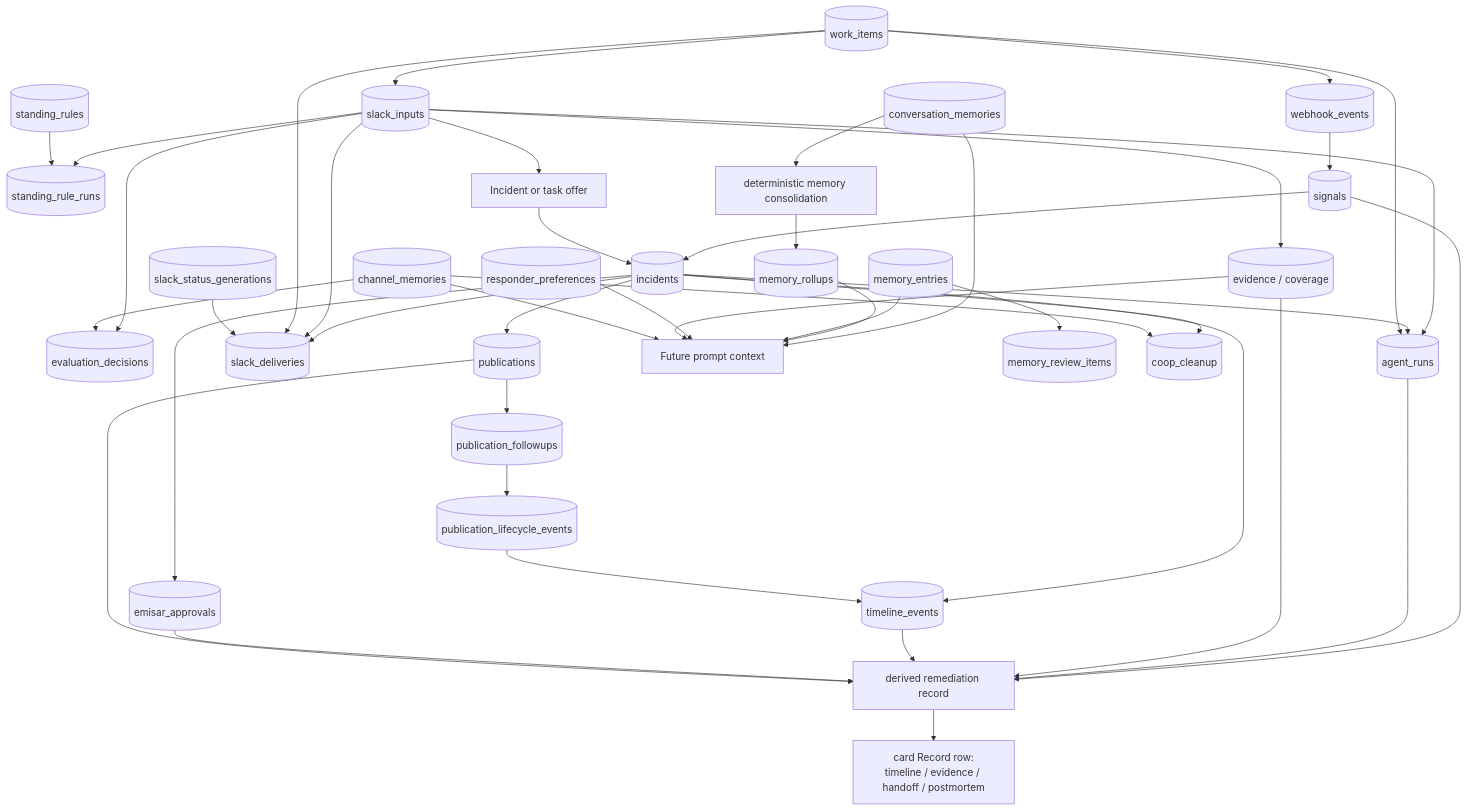
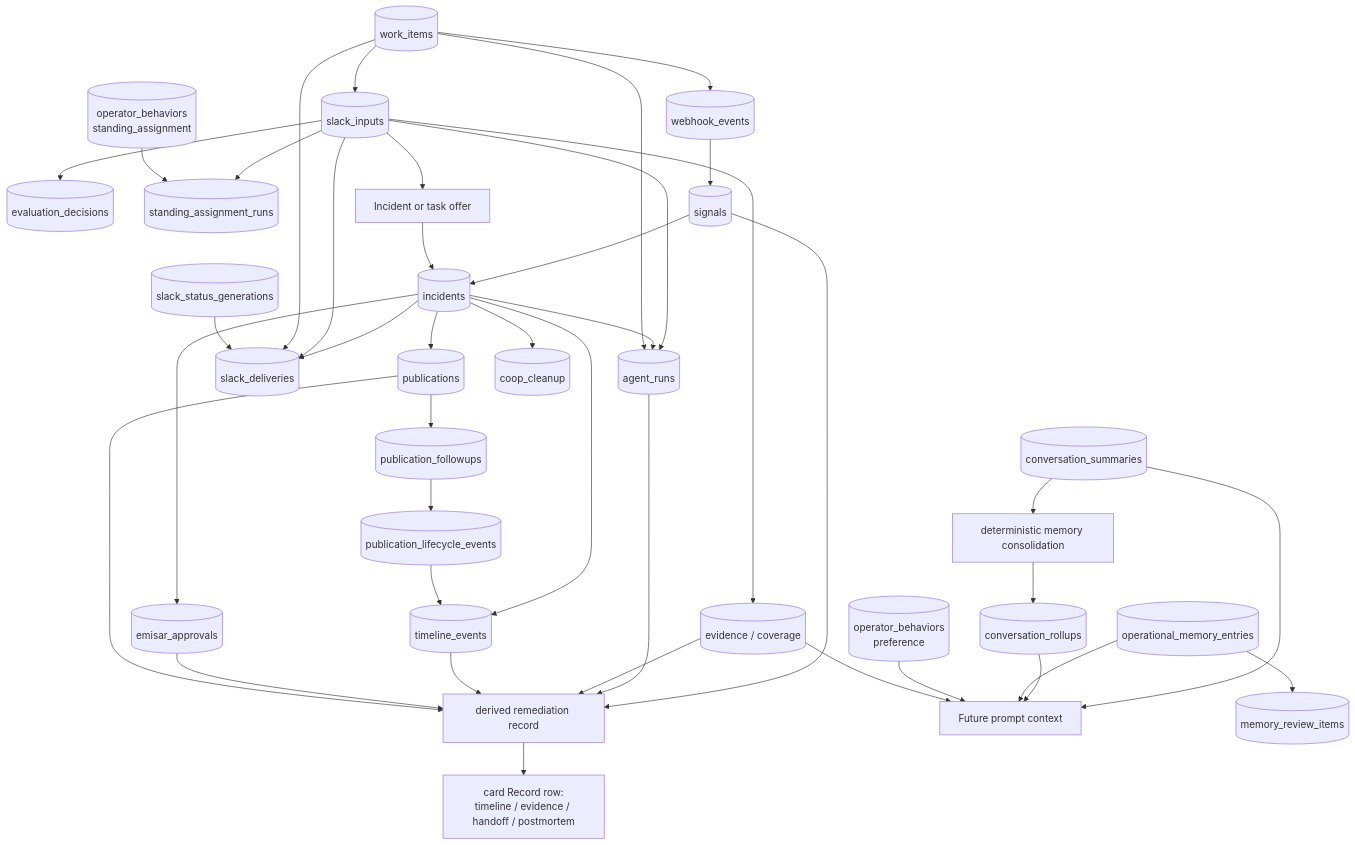
Diagram 11 of 11 in docs/how-responder-works.md (AndrewDryga/ryker), drawn with Mermaid before and after one commit. The commit also changed other lines of this file and 69 other files, not shown here.

````diff
--- a/docs/how-responder-works.md
+++ b/docs/how-responder-works.md
@@ -674,50 +675,47 @@
 ```mermaid
 flowchart TB
   SlackInput[("slack_inputs")] --> Evaluation[("evaluation_decisions")]
-  SlackInput --> RuleRun[("standing_rule_runs")]
+  SlackInput --> RuleRun[("standing_assignment_runs")]
   SlackInput --> Evidence[("evidence / coverage")]
   SlackInput --> WorkOffer["Incident or task offer"]
 
   Webhook[("webhook_events")] --> Signals[("signals")]
   Signals --> Incident[("incidents")]
   WorkOffer --> Incident
 
   SlackInput --> AgentRuns[("agent_runs")]
   Incident --> AgentRuns
   Incident --> Deliveries[("slack_deliveries")]
   SlackInput --> Deliveries
   Incident --> Timeline[("timeline_events")]
   Incident --> Approvals[("emisar_approvals")]
   Incident --> Publication[("publications")]
   Publication --> PublicationFollowup[("publication_followups")]
   PublicationFollowup --> PublicationEvents[("publication_lifecycle_events")]
 
   Signals --> Remediation["derived remediation record"]
   AgentRuns --> Remediation
   Evidence --> Remediation
   Timeline --> Remediation
   Approvals --> Remediation
   Publication --> Remediation
   PublicationEvents --> Timeline
   Remediation --> SlackViews["card Record row:<br/>timeline / evidence / handoff / postmortem"]
 
-  ChannelMemory[("channel_memories")] --> Evaluation
-  ConversationMemory[("conversation_memories")] --> PromptContext
+  ConversationMemory[("conversation_summaries")] --> PromptContext
   ConversationMemory --> Dreaming["deterministic memory consolidation"]
-  Dreaming --> Rollups[("memory_rollups")]
+  Dreaming --> Rollups[("conversation_rollups")]
   Rollups --> PromptContext
-  Memory[("memory_entries")] --> PromptContext["Future prompt context"]
+  Memory[("operational_memory_entries")] --> PromptContext["Future prompt context"]
   Memory --> Reviews[("memory_review_items")]
-  Preferences[("responder_preferences")] --> PromptContext
-  Rules[("standing_rules")] --> RuleRun
+  Preferences[("operator_behaviors<br/>preference")] --> PromptContext
+  Rules[("operator_behaviors<br/>standing_assignment")] --> RuleRun
   Evidence --> PromptContext
-  ChannelMemory --> PromptContext
 
   Incident --> Cleanup[("coop_cleanup")]
-  ChannelMemory --> Cleanup
   Scheduler[("work_items")] --> SlackInput
   Scheduler --> Webhook
   Scheduler --> AgentRuns
   Scheduler --> Deliveries
   StatusGeneration[("slack_status_generations")] --> Deliveries
 ```
````
